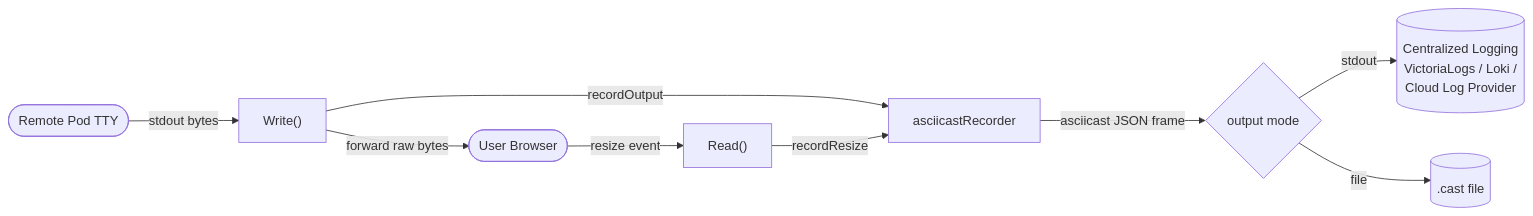
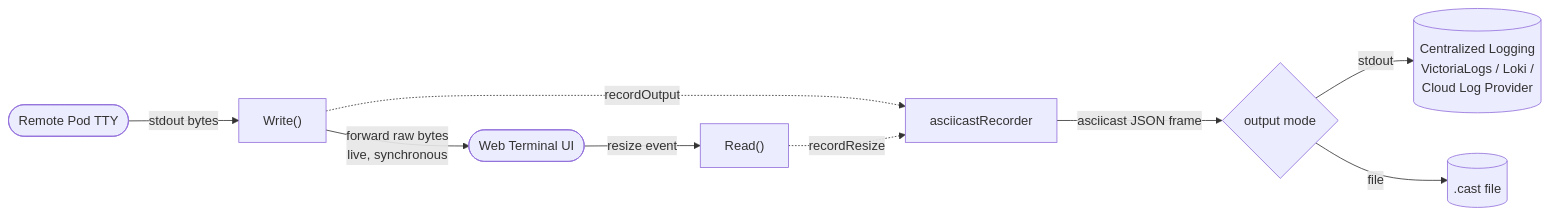
Before and after one commit to n888/argo-cd: the first of 2 diagrams in docs/proposals/terminal-session-recording.md, drawn with Mermaid. The commit also changed other lines of this file, not shown here.

Commit message:
highlight decoupled writer and web terminal data flow

````diff
--- a/docs/proposals/terminal-session-recording.md
+++ b/docs/proposals/terminal-session-recording.md
@@ -37,13 +37,13 @@
 ```mermaid
 flowchart LR
     Pod([Remote Pod TTY]) -->|stdout bytes| Write["Write()"]
-    Browser([User Browser]) -->|resize event| Read["Read()"]
+    Term([Web Terminal UI]) -->|resize event| Read["Read()"]
 
-    Write -->|forward raw bytes| Browser
-    Write -->|recordOutput| Rec[asciicastRecorder]
-    Read -->|recordResize| Rec
+    Write -->|forward raw bytes<br/>live, synchronous| Term
+    Write -.->|recordOutput| Rec[asciicastRecorder]
+    Read -.->|recordResize| Rec
 
     Rec -->|asciicast JSON frame| Mode{output mode}
     Mode -->|stdout| Log[("Centralized Logging<br/>VictoriaLogs / Loki /<br> Cloud Log Provider")]
     Mode -->|file| Cast[(".cast file")]
 ```
````
